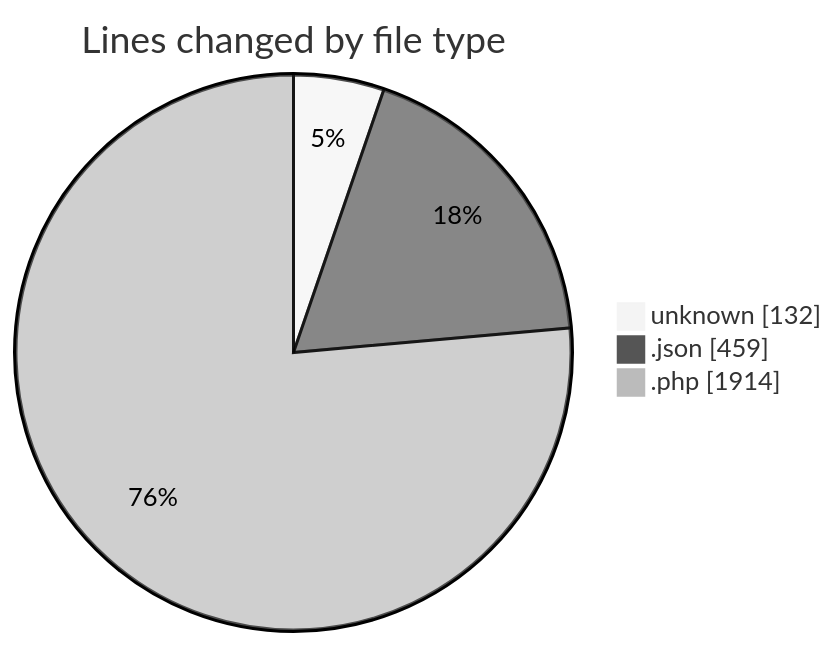
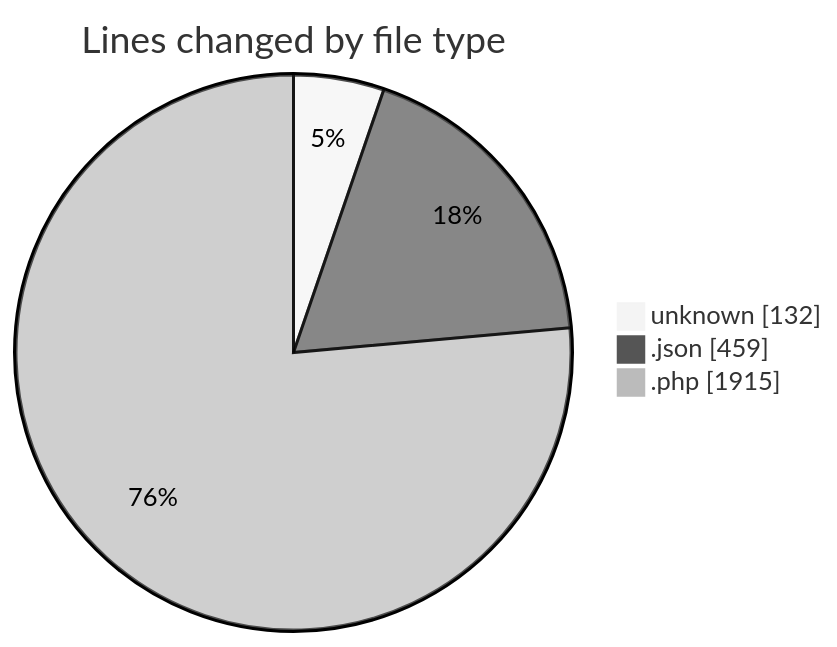
One commit to idhammustaqopulfikri/code-tracking changed the first of 2 diagrams in 2025-03-26/autodidak/README.md. Above: the diagram before and after it, drawn with Mermaid (neutral theme). The commit also changed other lines of this file and 1 other file, not shown here.

````diff
--- a/2025-03-26/autodidak/README.md
+++ b/2025-03-26/autodidak/README.md
@@ -32,7 +32,7 @@
 ```mermaid
 pie showData
 title Lines changed by file type
 "unknown" : 132
 ".json" : 459
-".php" : 1914
+".php" : 1915
 ```
````
